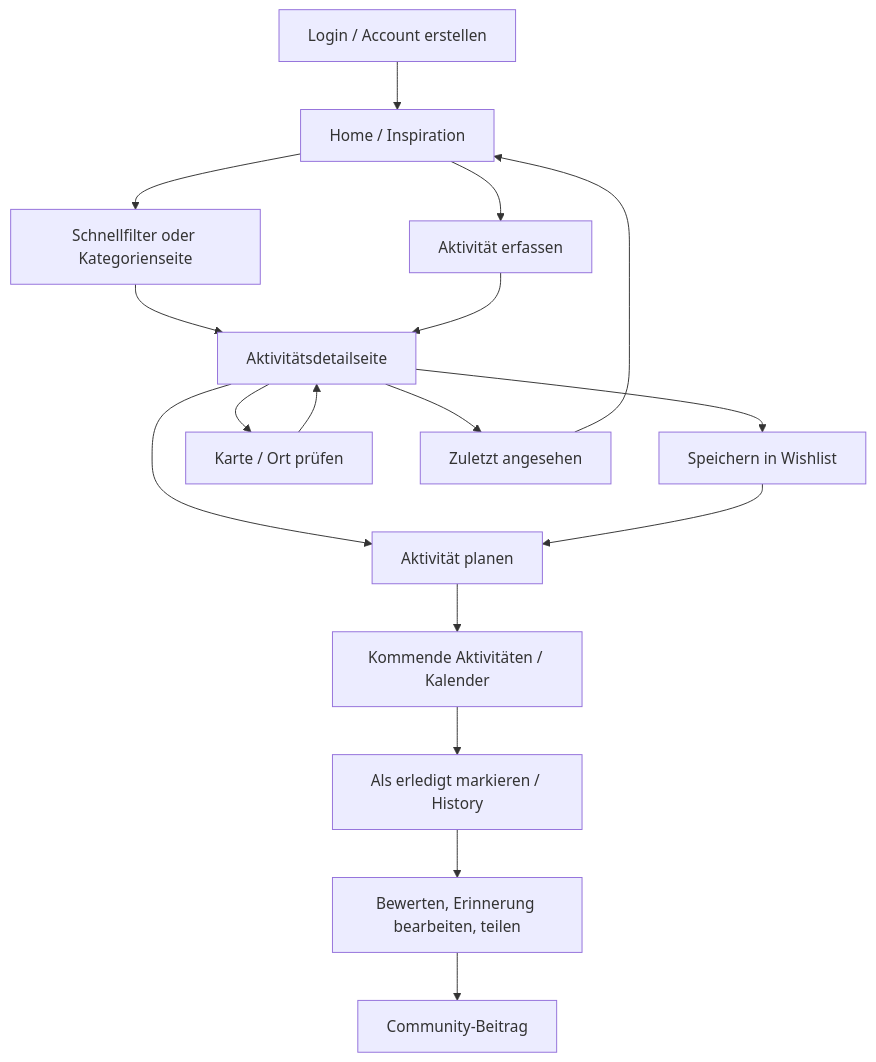
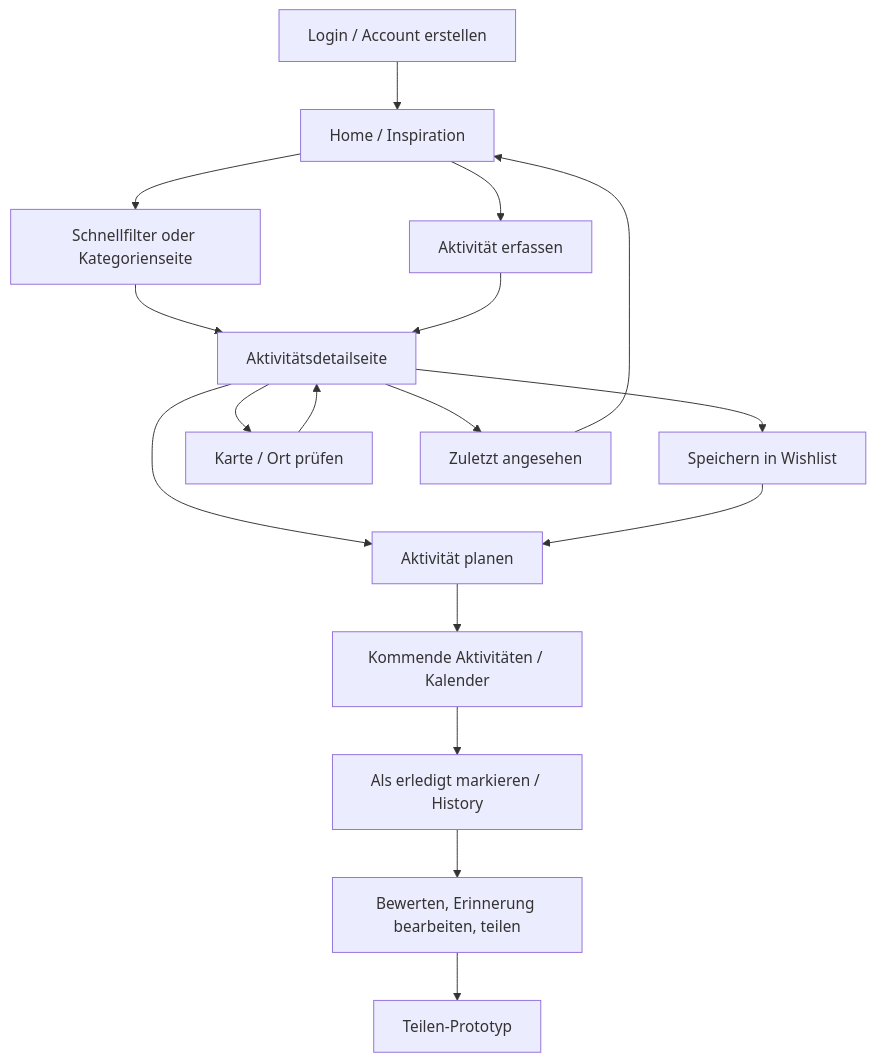
One commit to schjan06/Projekt_DatePlanner changed the first of 3 diagrams in README.md. Above: the diagram before and after it, drawn with Mermaid. The commit also changed other lines of this file and 9 other files, not shown here.

````diff
--- a/README.md
+++ b/README.md
@@ -125,20 +125,20 @@
 ```mermaid
 flowchart TD
     Start["Login / Account erstellen"] --> Home["Home / Inspiration"]
     Home --> Filters["Schnellfilter oder Kategorienseite"]
     Filters --> Detail["Aktivitätsdetailseite"]
     Detail --> Wishlist["Speichern in Wishlist"]
     Detail --> Plan["Aktivität planen"]
     Wishlist --> Plan
     Plan --> Upcoming["Kommende Aktivitäten / Kalender"]
     Upcoming --> History["Als erledigt markieren / History"]
     History --> Review["Bewerten, Erinnerung bearbeiten, teilen"]
-    Review --> Community["Community-Beitrag"]
+    Review --> Community["Teilen-Prototyp"]
 
     Detail --> Map["Karte / Ort prüfen"]
     Map --> Detail
     Home --> Create["Aktivität erfassen"]
     Create --> Detail
     Detail --> Recent["Zuletzt angesehen"]
     Recent --> Home
 ```
````
